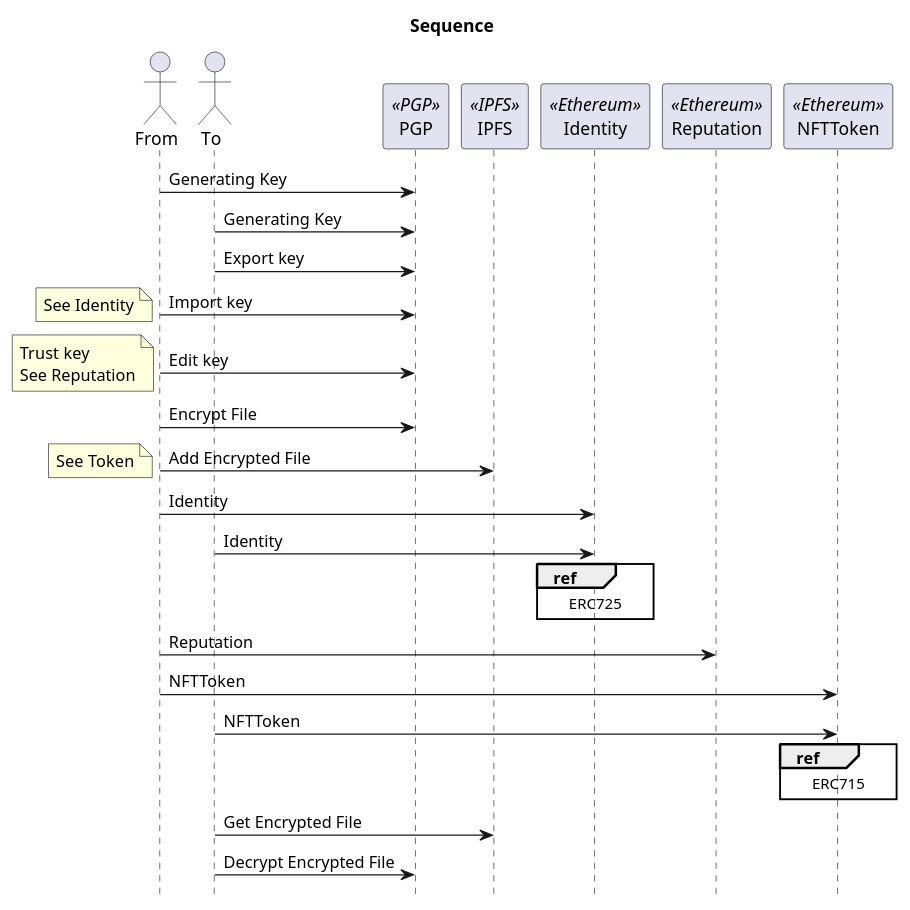
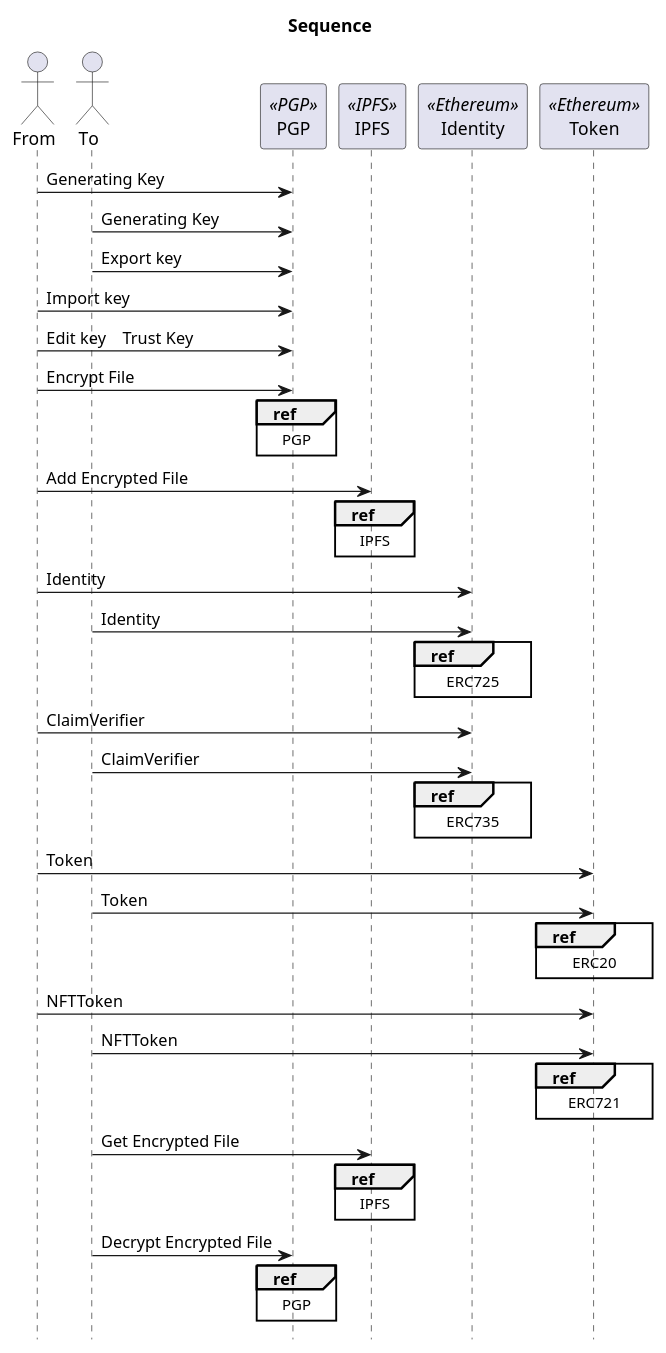
The diagram in docs/sequence.puml (0xywzx/truffle_tutorial), drawn with PlantUML before and after one commit. The commit also changed 1 other file, not shown here.

```diff
--- a/docs/sequence.puml
+++ b/docs/sequence.puml
@@ -2,32 +2,37 @@
 @startuml{sequence.png}
 title Sequence
 hide footbox
 
 actor  "From" as From
 actor  "To" as To
 participant "PGP" as PGP <<PGP>>
 participant "IPFS" as IPFS <<IPFS>>
 participant "Identity" as Identity <<Ethereum>>
-participant "Reputation" as Reputation <<Ethereum>>
-participant "NFTToken" as NFTToken <<Ethereum>>
+participant "Token" as Token <<Ethereum>>
 
 From -> PGP : Generating Key
 To  -> PGP : Generating Key
 To  -> PGP : Export key
 From -> PGP : Import key
-note left : See Identity
-From -> PGP : Edit key
-note left : Trust key\nSee Reputation
+From -> PGP : Edit key　Trust Key
 From -> PGP : Encrypt File
+ref over PGP : PGP
 From -> IPFS : Add Encrypted File
-note left : See Token
+ref over IPFS : IPFS
 From -> Identity : Identity
 To -> Identity : Identity
 ref over Identity : ERC725
-From -> Reputation : Reputation
-From -> NFTToken : NFTToken
-To -> NFTToken : NFTToken
-ref over NFTToken : ERC715
+From -> Identity : ClaimVerifier
+To -> Identity : ClaimVerifier
+ref over Identity : ERC735
+From -> Token : Token
+To -> Token : Token
+ref over Token : ERC20
+From -> Token : NFTToken
+To -> Token : NFTToken
+ref over Token : ERC721
 To -> IPFS : Get Encrypted File
+ref over IPFS : IPFS
 To -> PGP : Decrypt Encrypted File
+ref over PGP : PGP
 @enduml
```
